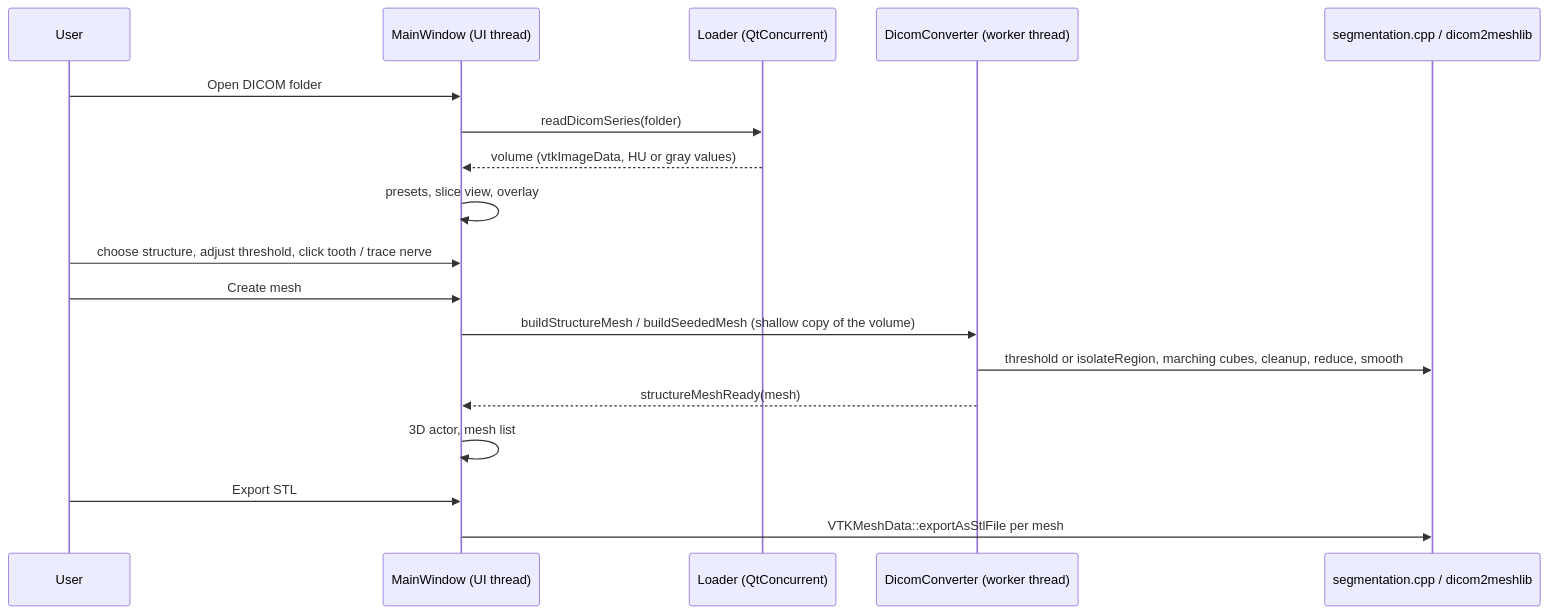
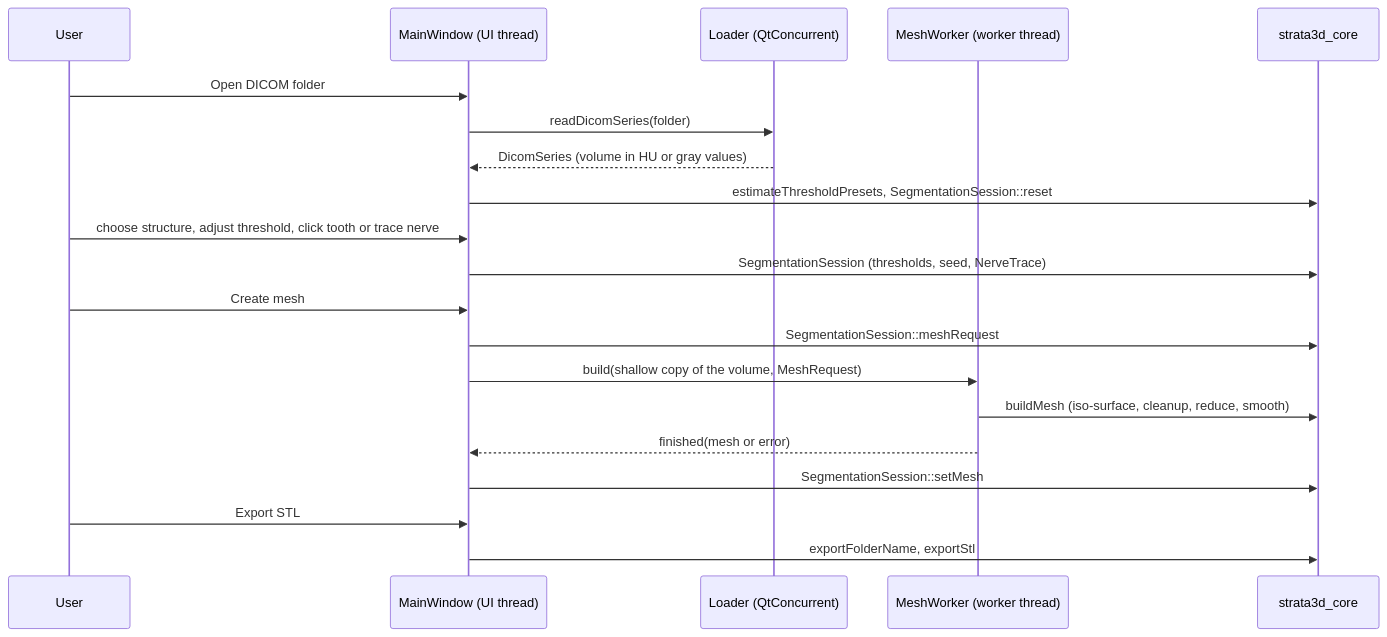
One commit to hamzaqureshi5/Strata3D changed the second of 2 diagrams in docs/architecture.md. Above: the diagram before and after it, drawn with Mermaid. The commit also changed other lines of this file and 127 other files, not shown here.

````diff
--- a/docs/architecture.md
+++ b/docs/architecture.md
@@ -15,21 +35,23 @@
 ```mermaid
 sequenceDiagram
     participant U as User
     participant MW as MainWindow (UI thread)
     participant L as Loader (QtConcurrent)
-    participant C as DicomConverter (worker thread)
-    participant S as segmentation.cpp / dicom2meshlib
+    participant W as MeshWorker (worker thread)
+    participant C as strata3d_core
 
     U->>MW: Open DICOM folder
     MW->>L: readDicomSeries(folder)
-    L-->>MW: volume (vtkImageData, HU or gray values)
-    MW->>MW: presets, slice view, overlay
-    U->>MW: choose structure, adjust threshold, click tooth / trace nerve
+    L-->>MW: DicomSeries (volume in HU or gray values)
+    MW->>C: estimateThresholdPresets, SegmentationSession::reset
+    U->>MW: choose structure, adjust threshold, click tooth or trace nerve
+    MW->>C: SegmentationSession (thresholds, seed, NerveTrace)
     U->>MW: Create mesh
-    MW->>C: buildStructureMesh / buildSeededMesh (shallow copy of the volume)
-    C->>S: threshold or isolateRegion, marching cubes, cleanup, reduce, smooth
-    C-->>MW: structureMeshReady(mesh)
-    MW->>MW: 3D actor, mesh list
+    MW->>C: SegmentationSession::meshRequest
+    MW->>W: build(shallow copy of the volume, MeshRequest)
+    W->>C: buildMesh (iso-surface, cleanup, reduce, smooth)
+    W-->>MW: finished(mesh or error)
+    MW->>C: SegmentationSession::setMesh
     U->>MW: Export STL
-    MW->>S: VTKMeshData::exportAsStlFile per mesh
+    MW->>C: exportFolderName, exportStl
 ```
````
